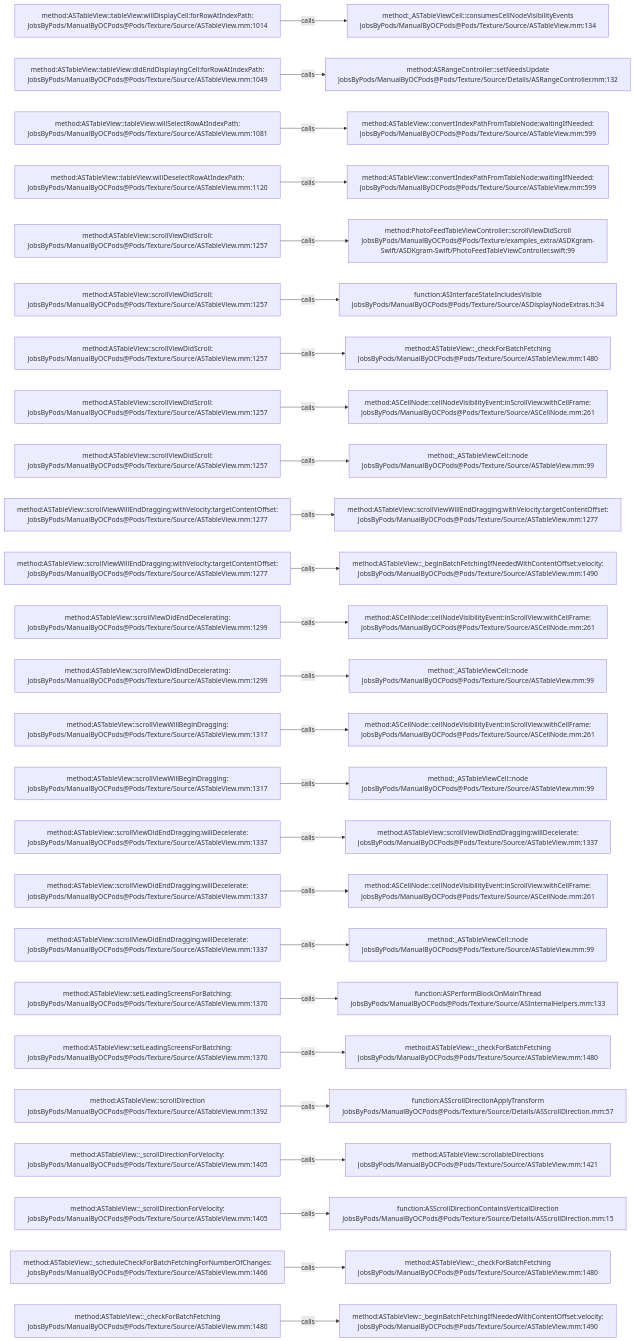
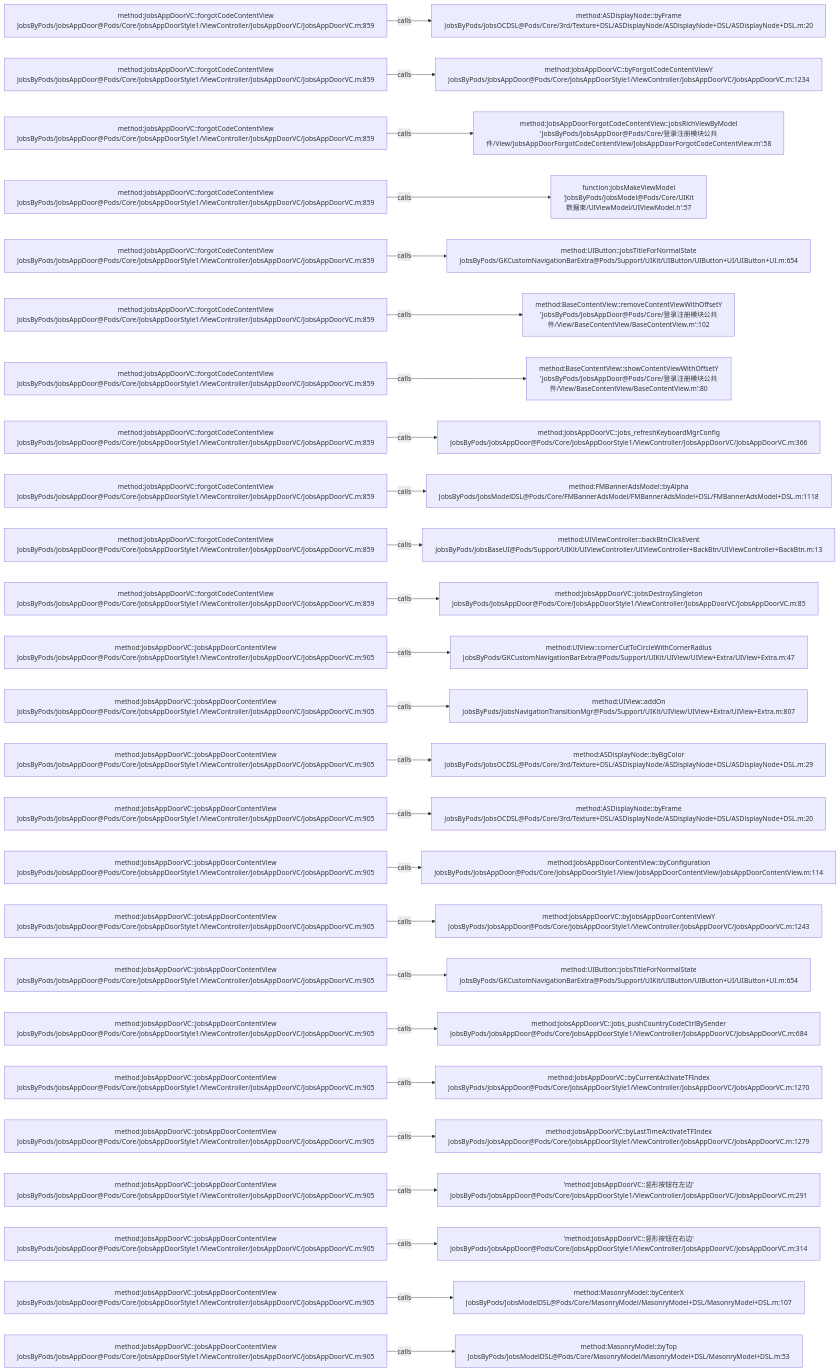
One commit to JobsKits/JobsOCBaseConfigDemo changed the diagram in .codegraph/codegraph.md/graphs/calls-114.md. Above: the diagram before and after it, drawn with Mermaid. The commit also changed 768 other files, not shown here.

````diff
--- a/.codegraph/codegraph.md/graphs/calls-114.md
+++ b/.codegraph/codegraph.md/graphs/calls-114.md
@@ -13,78 +13,78 @@
 ```mermaid
 flowchart LR
-  S1["method:ASTableView::tableView:willDisplayCell:forRowAtIndexPath:<br/>JobsByPods/ManualByOCPods@Pods/Texture/Source/ASTableView.mm:1014"]
-  T1["method:_ASTableViewCell::consumesCellNodeVisibilityEvents<br/>JobsByPods/ManualByOCPods@Pods/Texture/Source/ASTableView.mm:134"]
+  S1["method:JobsAppDoorVC::forgotCodeContentView<br/>JobsByPods/JobsAppDoor@Pods/Core/JobsAppDoorStyle1/ViewController/JobsAppDoorVC/JobsAppDoorVC.m:859"]
+  T1["method:ASDisplayNode::byFrame<br/>JobsByPods/JobsOCDSL@Pods/Core/3rd/Texture+DSL/ASDisplayNode/ASDisplayNode+DSL/ASDisplayNode+DSL.m:20"]
   S1 -->|calls| T1
-  S2["method:ASTableView::tableView:didEndDisplayingCell:forRowAtIndexPath:<br/>JobsByPods/ManualByOCPods@Pods/Texture/Source/ASTableView.mm:1049"]
-  T2["method:ASRangeController::setNeedsUpdate<br/>JobsByPods/ManualByOCPods@Pods/Texture/Source/Details/ASRangeController.mm:132"]
+  S2["method:JobsAppDoorVC::forgotCodeContentView<br/>JobsByPods/JobsAppDoor@Pods/Core/JobsAppDoorStyle1/ViewController/JobsAppDoorVC/JobsAppDoorVC.m:859"]
+  T2["method:JobsAppDoorVC::byForgotCodeContentViewY<br/>JobsByPods/JobsAppDoor@Pods/Core/JobsAppDoorStyle1/ViewController/JobsAppDoorVC/JobsAppDoorVC.m:1234"]
   S2 -->|calls| T2
-  S3["method:ASTableView::tableView:willSelectRowAtIndexPath:<br/>JobsByPods/ManualByOCPods@Pods/Texture/Source/ASTableView.mm:1081"]
-  T3["method:ASTableView::convertIndexPathFromTableNode:waitingIfNeeded:<br/>JobsByPods/ManualByOCPods@Pods/Texture/Source/ASTableView.mm:599"]
+  S3["method:JobsAppDoorVC::forgotCodeContentView<br/>JobsByPods/JobsAppDoor@Pods/Core/JobsAppDoorStyle1/ViewController/JobsAppDoorVC/JobsAppDoorVC.m:859"]
+  T3["method:JobsAppDoorForgotCodeContentView::jobsRichViewByModel<br/>'JobsByPods/JobsAppDoor@Pods/Core/登录注册模块公共件/View/JobsAppDoorForgotCodeContentView/JobsAppDoorForgotCodeContentView.m':58"]
   S3 -->|calls| T3
-  S4["method:ASTableView::tableView:willDeselectRowAtIndexPath:<br/>JobsByPods/ManualByOCPods@Pods/Texture/Source/ASTableView.mm:1120"]
-  T4["method:ASTableView::convertIndexPathFromTableNode:waitingIfNeeded:<br/>JobsByPods/ManualByOCPods@Pods/Texture/Source/ASTableView.mm:599"]
+  S4["method:JobsAppDoorVC::forgotCodeContentView<br/>JobsByPods/JobsAppDoor@Pods/Core/JobsAppDoorStyle1/ViewController/JobsAppDoorVC/JobsAppDoorVC.m:859"]
+  T4["function:jobsMakeViewModel<br/>'JobsByPods/JobsModel@Pods/Core/UIKit数据束/UIViewModel/UIViewModel.h':57"]
   S4 -->|calls| T4
-  S5["method:ASTableView::scrollViewDidScroll:<br/>JobsByPods/ManualByOCPods@Pods/Texture/Source/ASTableView.mm:1257"]
-  T5["method:PhotoFeedTableViewController::scrollViewDidScroll<br/>JobsByPods/ManualByOCPods@Pods/Texture/examples_extra/ASDKgram-Swift/ASDKgram-Swift/PhotoFeedTableViewController.swift:99"]
+  S5["method:JobsAppDoorVC::forgotCodeContentView<br/>JobsByPods/JobsAppDoor@Pods/Core/JobsAppDoorStyle1/ViewController/JobsAppDoorVC/JobsAppDoorVC.m:859"]
+  T5["method:UIButton::jobsTitleForNormalState<br/>JobsByPods/GKCustomNavigationBarExtra@Pods/Support/UIKit/UIButton/UIButton+UI/UIButton+UI.m:654"]
   S5 -->|calls| T5
-  S6["method:ASTableView::scrollViewDidScroll:<br/>JobsByPods/ManualByOCPods@Pods/Texture/Source/ASTableView.mm:1257"]
-  T6["function:ASInterfaceStateIncludesVisible<br/>JobsByPods/ManualByOCPods@Pods/Texture/Source/ASDisplayNodeExtras.h:34"]
+  S6["method:JobsAppDoorVC::forgotCodeContentView<br/>JobsByPods/JobsAppDoor@Pods/Core/JobsAppDoorStyle1/ViewController/JobsAppDoorVC/JobsAppDoorVC.m:859"]
+  T6["method:BaseContentView::removeContentViewWithOffsetY<br/>'JobsByPods/JobsAppDoor@Pods/Core/登录注册模块公共件/View/BaseContentView/BaseContentView.m':102"]
   S6 -->|calls| T6
-  S7["method:ASTableView::scrollViewDidScroll:<br/>JobsByPods/ManualByOCPods@Pods/Texture/Source/ASTableView.mm:1257"]
-  T7["method:ASTableView::_checkForBatchFetching<br/>JobsByPods/ManualByOCPods@Pods/Texture/Source/ASTableView.mm:1480"]
+  S7["method:JobsAppDoorVC::forgotCodeContentView<br/>JobsByPods/JobsAppDoor@Pods/Core/JobsAppDoorStyle1/ViewController/JobsAppDoorVC/JobsAppDoorVC.m:859"]
+  T7["method:BaseContentView::showContentViewWithOffsetY<br/>'JobsByPods/JobsAppDoor@Pods/Core/登录注册模块公共件/View/BaseContentView/BaseContentView.m':80"]
   S7 -->|calls| T7
-  S8["method:ASTableView::scrollViewDidScroll:<br/>JobsByPods/ManualByOCPods@Pods/Texture/Source/ASTableView.mm:1257"]
-  T8["method:ASCellNode::cellNodeVisibilityEvent:inScrollView:withCellFrame:<br/>JobsByPods/ManualByOCPods@Pods/Texture/Source/ASCellNode.mm:261"]
+  S8["method:JobsAppDoorVC::forgotCodeContentView<br/>JobsByPods/JobsAppDoor@Pods/Core/JobsAppDoorStyle1/ViewController/JobsAppDoorVC/JobsAppDoorVC.m:859"]
+  T8["method:JobsAppDoorVC::jobs_refreshKeyboardMgrConfig<br/>JobsByPods/JobsAppDoor@Pods/Core/JobsAppDoorStyle1/ViewController/JobsAppDoorVC/JobsAppDoorVC.m:366"]
   S8 -->|calls| T8
-  S9["method:ASTableView::scrollViewDidScroll:<br/>JobsByPods/ManualByOCPods@Pods/Texture/Source/ASTableView.mm:1257"]
-  T9["method:_ASTableViewCell::node<br/>JobsByPods/ManualByOCPods@Pods/Texture/Source/ASTableView.mm:99"]
+  S9["method:JobsAppDoorVC::forgotCodeContentView<br/>JobsByPods/JobsAppDoor@Pods/Core/JobsAppDoorStyle1/ViewController/JobsAppDoorVC/JobsAppDoorVC.m:859"]
+  T9["method:FMBannerAdsModel::byAlpha<br/>JobsByPods/JobsModelDSL@Pods/Core/FMBannerAdsModel/FMBannerAdsModel+DSL/FMBannerAdsModel+DSL.m:1118"]
   S9 -->|calls| T9
-  S10["method:ASTableView::scrollViewWillEndDragging:withVelocity:targetContentOffset:<br/>JobsByPods/ManualByOCPods@Pods/Texture/Source/ASTableView.mm:1277"]
-  T10["method:ASTableView::scrollViewWillEndDragging:withVelocity:targetContentOffset:<br/>JobsByPods/ManualByOCPods@Pods/Texture/Source/ASTableView.mm:1277"]
+  S10["method:JobsAppDoorVC::forgotCodeContentView<br/>JobsByPods/JobsAppDoor@Pods/Core/JobsAppDoorStyle1/ViewController/JobsAppDoorVC/JobsAppDoorVC.m:859"]
+  T10["method:UIViewController::backBtnClickEvent<br/>JobsByPods/JobsBaseUI@Pods/Support/UIKit/UIViewController/UIViewController+BackBtn/UIViewController+BackBtn.m:13"]
   S10 -->|calls| T10
-  S11["method:ASTableView::scrollViewWillEndDragging:withVelocity:targetContentOffset:<br/>JobsByPods/ManualByOCPods@Pods/Texture/Source/ASTableView.mm:1277"]
-  T11["method:ASTableView::_beginBatchFetchingIfNeededWithContentOffset:velocity:<br/>JobsByPods/ManualByOCPods@Pods/Texture/Source/ASTableView.mm:1490"]
+  S11["method:JobsAppDoorVC::forgotCodeContentView<br/>JobsByPods/JobsAppDoor@Pods/Core/JobsAppDoorStyle1/ViewController/JobsAppDoorVC/JobsAppDoorVC.m:859"]
+  T11["method:JobsAppDoorVC::jobsDestroySingleton<br/>JobsByPods/JobsAppDoor@Pods/Core/JobsAppDoorStyle1/ViewController/JobsAppDoorVC/JobsAppDoorVC.m:85"]
   S11 -->|calls| T11
-  S12["method:ASTableView::scrollViewDidEndDecelerating:<br/>JobsByPods/ManualByOCPods@Pods/Texture/Source/ASTableView.mm:1299"]
-  T12["method:ASCellNode::cellNodeVisibilityEvent:inScrollView:withCellFrame:<br/>JobsByPods/ManualByOCPods@Pods/Texture/Source/ASCellNode.mm:261"]
+  S12["method:JobsAppDoorVC::jobsAppDoorContentView<br/>JobsByPods/JobsAppDoor@Pods/Core/JobsAppDoorStyle1/ViewController/JobsAppDoorVC/JobsAppDoorVC.m:905"]
+  T12["method:UIView::cornerCutToCircleWithCornerRadius<br/>JobsByPods/GKCustomNavigationBarExtra@Pods/Support/UIKit/UIView/UIView+Extra/UIView+Extra.m:47"]
   S12 -->|calls| T12
-  S13["method:ASTableView::scrollViewDidEndDecelerating:<br/>JobsByPods/ManualByOCPods@Pods/Texture/Source/ASTableView.mm:1299"]
-  T13["method:_ASTableViewCell::node<br/>JobsByPods/ManualByOCPods@Pods/Texture/Source/ASTableView.mm:99"]
+  S13["method:JobsAppDoorVC::jobsAppDoorContentView<br/>JobsByPods/JobsAppDoor@Pods/Core/JobsAppDoorStyle1/ViewController/JobsAppDoorVC/JobsAppDoorVC.m:905"]
+  T13["method:UIView::addOn<br/>JobsByPods/JobsNavigationTransitionMgr@Pods/Support/UIKit/UIView/UIView+Extra/UIView+Extra.m:807"]
   S13 -->|calls| T13
-  S14["method:ASTableView::scrollViewWillBeginDragging:<br/>JobsByPods/ManualByOCPods@Pods/Texture/Source/ASTableView.mm:1317"]
-  T14["method:ASCellNode::cellNodeVisibilityEvent:inScrollView:withCellFrame:<br/>JobsByPods/ManualByOCPods@Pods/Texture/Source/ASCellNode.mm:261"]
+  S14["method:JobsAppDoorVC::jobsAppDoorContentView<br/>JobsByPods/JobsAppDoor@Pods/Core/JobsAppDoorStyle1/ViewController/JobsAppDoorVC/JobsAppDoorVC.m:905"]
+  T14["method:ASDisplayNode::byBgColor<br/>JobsByPods/JobsOCDSL@Pods/Core/3rd/Texture+DSL/ASDisplayNode/ASDisplayNode+DSL/ASDisplayNode+DSL.m:29"]
   S14 -->|calls| T14
-  S15["method:ASTableView::scrollViewWillBeginDragging:<br/>JobsByPods/ManualByOCPods@Pods/Texture/Source/ASTableView.mm:1317"]
-  T15["method:_ASTableViewCell::node<br/>JobsByPods/ManualByOCPods@Pods/Texture/Source/ASTableView.mm:99"]
+  S15["method:JobsAppDoorVC::jobsAppDoorContentView<br/>JobsByPods/JobsAppDoor@Pods/Core/JobsAppDoorStyle1/ViewController/JobsAppDoorVC/JobsAppDoorVC.m:905"]
+  T15["method:ASDisplayNode::byFrame<br/>JobsByPods/JobsOCDSL@Pods/Core/3rd/Texture+DSL/ASDisplayNode/ASDisplayNode+DSL/ASDisplayNode+DSL.m:20"]
   S15 -->|calls| T15
-  S16["method:ASTableView::scrollViewDidEndDragging:willDecelerate:<br/>JobsByPods/ManualByOCPods@Pods/Texture/Source/ASTableView.mm:1337"]
-  T16["method:ASTableView::scrollViewDidEndDragging:willDecelerate:<br/>JobsByPods/ManualByOCPods@Pods/Texture/Source/ASTableView.mm:1337"]
+  S16["method:JobsAppDoorVC::jobsAppDoorContentView<br/>JobsByPods/JobsAppDoor@Pods/Core/JobsAppDoorStyle1/ViewController/JobsAppDoorVC/JobsAppDoorVC.m:905"]
+  T16["method:JobsAppDoorContentView::byConfiguration<br/>JobsByPods/JobsAppDoor@Pods/Core/JobsAppDoorStyle1/View/JobsAppDoorContentView/JobsAppDoorContentView.m:114"]
   S16 -->|calls| T16
-  S17["method:ASTableView::scrollViewDidEndDragging:willDecelerate:<br/>JobsByPods/ManualByOCPods@Pods/Texture/Source/ASTableView.mm:1337"]
-  T17["method:ASCellNode::cellNodeVisibilityEvent:inScrollView:withCellFrame:<br/>JobsByPods/ManualByOCPods@Pods/Texture/Source/ASCellNode.mm:261"]
+  S17["method:JobsAppDoorVC::jobsAppDoorContentView<br/>JobsByPods/JobsAppDoor@Pods/Core/JobsAppDoorStyle1/ViewController/JobsAppDoorVC/JobsAppDoorVC.m:905"]
+  T17["method:JobsAppDoorVC::byJobsAppDoorContentViewY<br/>JobsByPods/JobsAppDoor@Pods/Core/JobsAppDoorStyle1/ViewController/JobsAppDoorVC/JobsAppDoorVC.m:1243"]
   S17 -->|calls| T17
-  S18["method:ASTableView::scrollViewDidEndDragging:willDecelerate:<br/>JobsByPods/ManualByOCPods@Pods/Texture/Source/ASTableView.mm:1337"]
-  T18["method:_ASTableViewCell::node<br/>JobsByPods/ManualByOCPods@Pods/Texture/Source/ASTableView.mm:99"]
+  S18["method:JobsAppDoorVC::jobsAppDoorContentView<br/>JobsByPods/JobsAppDoor@Pods/Core/JobsAppDoorStyle1/ViewController/JobsAppDoorVC/JobsAppDoorVC.m:905"]
+  T18["method:UIButton::jobsTitleForNormalState<br/>JobsByPods/GKCustomNavigationBarExtra@Pods/Support/UIKit/UIButton/UIButton+UI/UIButton+UI.m:654"]
   S18 -->|calls| T18
-  S19["method:ASTableView::setLeadingScreensForBatching:<br/>JobsByPods/ManualByOCPods@Pods/Texture/Source/ASTableView.mm:1370"]
-  T19["function:ASPerformBlockOnMainThread<br/>JobsByPods/ManualByOCPods@Pods/Texture/Source/ASInternalHelpers.mm:133"]
+  S19["method:JobsAppDoorVC::jobsAppDoorContentView<br/>JobsByPods/JobsAppDoor@Pods/Core/JobsAppDoorStyle1/ViewController/JobsAppDoorVC/JobsAppDoorVC.m:905"]
+  T19["method:JobsAppDoorVC::jobs_pushCountryCodeCtrlBySender<br/>JobsByPods/JobsAppDoor@Pods/Core/JobsAppDoorStyle1/ViewController/JobsAppDoorVC/JobsAppDoorVC.m:684"]
   S19 -->|calls| T19
-  S20["method:ASTableView::setLeadingScreensForBatching:<br/>JobsByPods/ManualByOCPods@Pods/Texture/Source/ASTableView.mm:1370"]
-  T20["method:ASTableView::_checkForBatchFetching<br/>JobsByPods/ManualByOCPods@Pods/Texture/Source/ASTableView.mm:1480"]
+  S20["method:JobsAppDoorVC::jobsAppDoorContentView<br/>JobsByPods/JobsAppDoor@Pods/Core/JobsAppDoorStyle1/ViewController/JobsAppDoorVC/JobsAppDoorVC.m:905"]
+  T20["method:JobsAppDoorVC::byCurrentActivateTFIndex<br/>JobsByPods/JobsAppDoor@Pods/Core/JobsAppDoorStyle1/ViewController/JobsAppDoorVC/JobsAppDoorVC.m:1270"]
   S20 -->|calls| T20
-  S21["method:ASTableView::scrollDirection<br/>JobsByPods/ManualByOCPods@Pods/Texture/Source/ASTableView.mm:1392"]
-  T21["function:ASScrollDirectionApplyTransform<br/>JobsByPods/ManualByOCPods@Pods/Texture/Source/Details/ASScrollDirection.mm:57"]
+  S21["method:JobsAppDoorVC::jobsAppDoorContentView<br/>JobsByPods/JobsAppDoor@Pods/Core/JobsAppDoorStyle1/ViewController/JobsAppDoorVC/JobsAppDoorVC.m:905"]
+  T21["method:JobsAppDoorVC::byLastTimeActivateTFIndex<br/>JobsByPods/JobsAppDoor@Pods/Core/JobsAppDoorStyle1/ViewController/JobsAppDoorVC/JobsAppDoorVC.m:1279"]
   S21 -->|calls| T21
-  S22["method:ASTableView::_scrollDirectionForVelocity:<br/>JobsByPods/ManualByOCPods@Pods/Texture/Source/ASTableView.mm:1405"]
-  T22["method:ASTableView::scrollableDirections<br/>JobsByPods/ManualByOCPods@Pods/Texture/Source/ASTableView.mm:1421"]
+  S22["method:JobsAppDoorVC::jobsAppDoorContentView<br/>JobsByPods/JobsAppDoor@Pods/Core/JobsAppDoorStyle1/ViewController/JobsAppDoorVC/JobsAppDoorVC.m:905"]
+  T22["'method:JobsAppDoorVC::竖形按钮在左边'<br/>JobsByPods/JobsAppDoor@Pods/Core/JobsAppDoorStyle1/ViewController/JobsAppDoorVC/JobsAppDoorVC.m:291"]
   S22 -->|calls| T22
-  S23["method:ASTableView::_scrollDirectionForVelocity:<br/>JobsByPods/ManualByOCPods@Pods/Texture/Source/ASTableView.mm:1405"]
-  T23["function:ASScrollDirectionContainsVerticalDirection<br/>JobsByPods/ManualByOCPods@Pods/Texture/Source/Details/ASScrollDirection.mm:15"]
+  S23["method:JobsAppDoorVC::jobsAppDoorContentView<br/>JobsByPods/JobsAppDoor@Pods/Core/JobsAppDoorStyle1/ViewController/JobsAppDoorVC/JobsAppDoorVC.m:905"]
+  T23["'method:JobsAppDoorVC::竖形按钮在右边'<br/>JobsByPods/JobsAppDoor@Pods/Core/JobsAppDoorStyle1/ViewController/JobsAppDoorVC/JobsAppDoorVC.m:314"]
   S23 -->|calls| T23
-  S24["method:ASTableView::_scheduleCheckForBatchFetchingForNumberOfChanges:<br/>JobsByPods/ManualByOCPods@Pods/Texture/Source/ASTableView.mm:1466"]
-  T24["method:ASTableView::_checkForBatchFetching<br/>JobsByPods/ManualByOCPods@Pods/Texture/Source/ASTableView.mm:1480"]
+  S24["method:JobsAppDoorVC::jobsAppDoorContentView<br/>JobsByPods/JobsAppDoor@Pods/Core/JobsAppDoorStyle1/ViewController/JobsAppDoorVC/JobsAppDoorVC.m:905"]
+  T24["method:MasonryModel::byCenterX<br/>JobsByPods/JobsModelDSL@Pods/Core/MasonryModel/MasonryModel+DSL/MasonryModel+DSL.m:107"]
   S24 -->|calls| T24
-  S25["method:ASTableView::_checkForBatchFetching<br/>JobsByPods/ManualByOCPods@Pods/Texture/Source/ASTableView.mm:1480"]
-  T25["method:ASTableView::_beginBatchFetchingIfNeededWithContentOffset:velocity:<br/>JobsByPods/ManualByOCPods@Pods/Texture/Source/ASTableView.mm:1490"]
+  S25["method:JobsAppDoorVC::jobsAppDoorContentView<br/>JobsByPods/JobsAppDoor@Pods/Core/JobsAppDoorStyle1/ViewController/JobsAppDoorVC/JobsAppDoorVC.m:905"]
+  T25["method:MasonryModel::byTop<br/>JobsByPods/JobsModelDSL@Pods/Core/MasonryModel/MasonryModel+DSL/MasonryModel+DSL.m:53"]
   S25 -->|calls| T25
 ```
````
